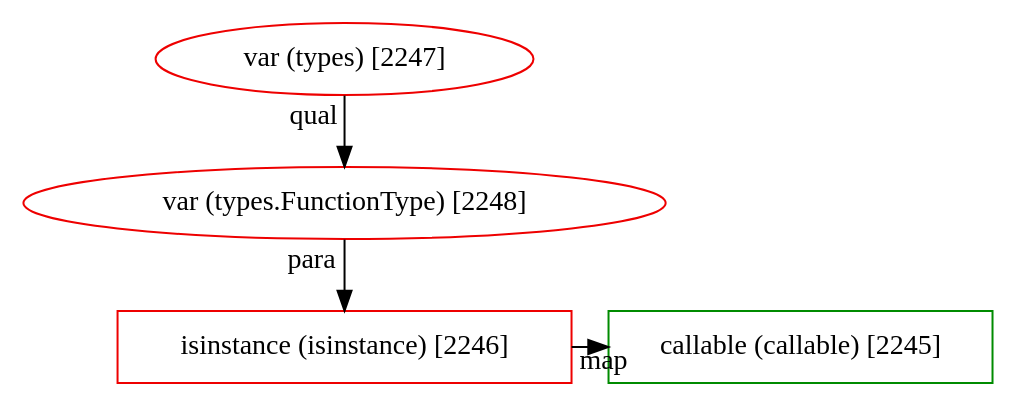
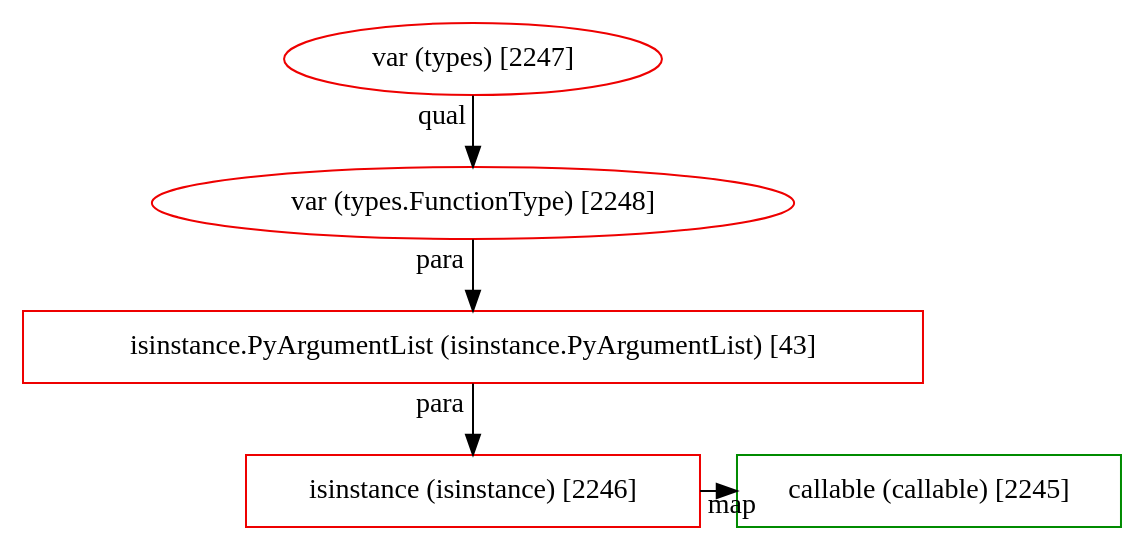
Before and after one commit to JetBrains-Research/revizor: the diagram in src/main/resources/patterns/2429/fragment-1128.dot, drawn with Graphviz. The commit also changed 2 other files, not shown here.

```diff
--- a/src/main/resources/patterns/2429/fragment-1128.dot
+++ b/src/main/resources/patterns/2429/fragment-1128.dot
@@ -1,12 +1,14 @@
 digraph "fragment-1128.dot" {
 	subgraph "subgraph: 2246 to 2245" {
 		graph [rank=same]
 		2246 [label="isinstance (isinstance) [2246]" color=red2 shape=box]
 		2245 [label="callable (callable) [2245]" color=green4 shape=box]
 	}
 	2248 [label="var (types.FunctionType) [2248]" color=red2 shape=ellipse]
 	2247 [label="var (types) [2247]" color=red2 shape=ellipse]
-	2248 -> 2246 [xlabel=para from_closure=False]
+	43 [label="isinstance.PyArgumentList (isinstance.PyArgumentList) [43]" color=red2 shape=box]
+	2248 -> 43 [xlabel=para from_closure=null]
+	43 -> 2246 [xlabel=para from_closure=null]
 	2246 -> 2245 [xlabel=map from_closure=False]
 	2247 -> 2248 [xlabel=qual from_closure=False]
 }
```
